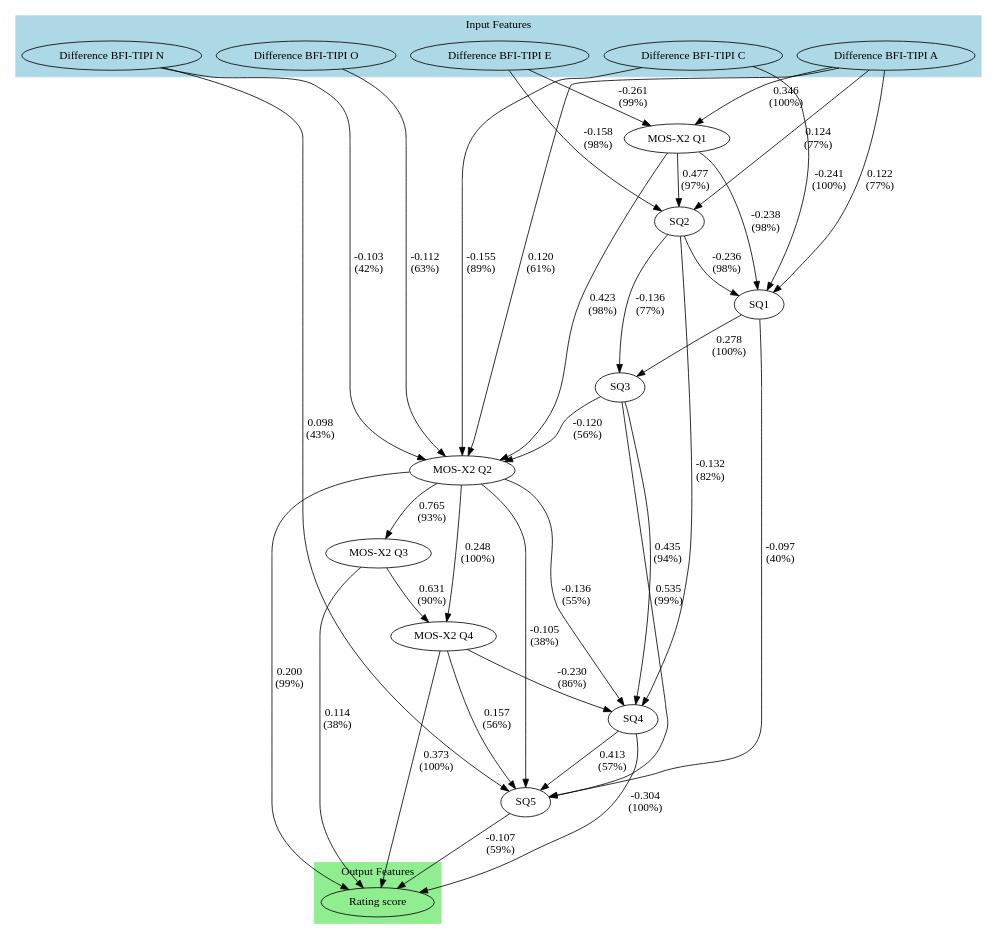
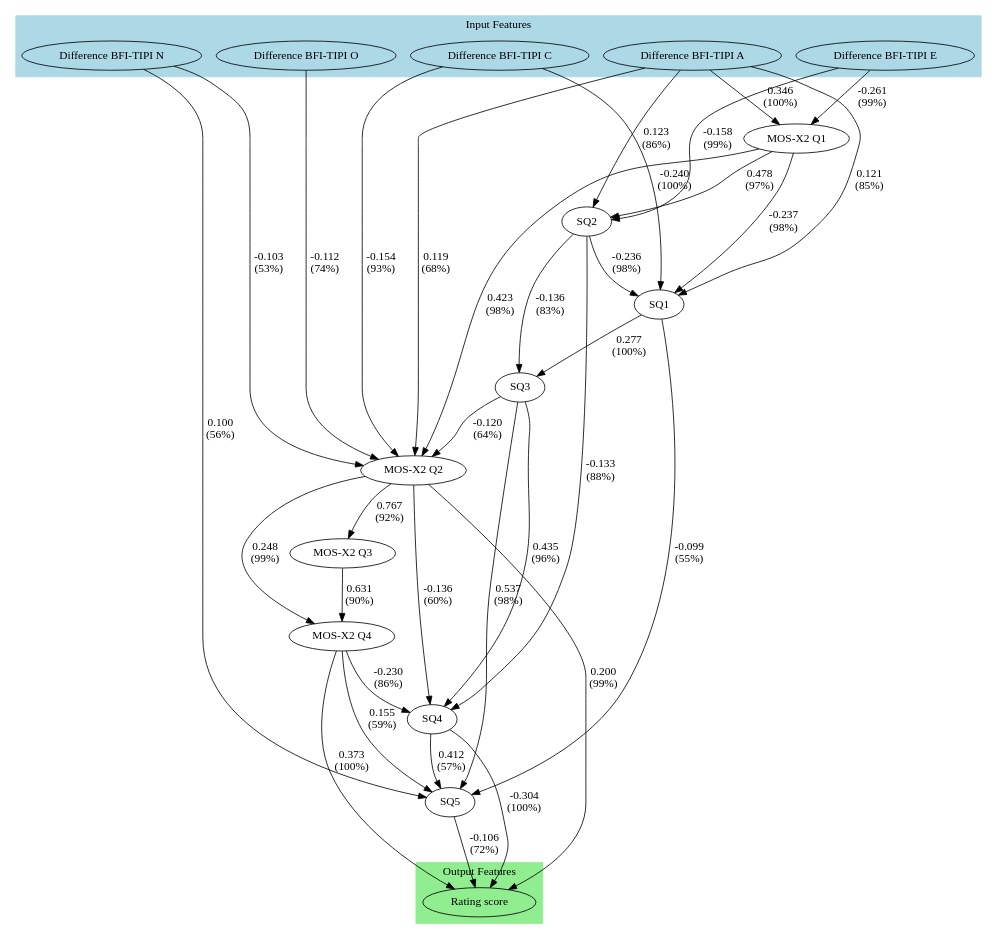
Before and after one commit to hiimmuc/Hetero-GNN-CausalDiscovery: the diagram in Experiment3/Workspace/Models/causal_outputs/figures/causal_graphs/lingam_causal_model_robust.dot, drawn with Graphviz. The commit also changed 26 other files, not shown here.

```diff
--- a/Experiment3/Workspace/Models/causal_outputs/figures/causal_graphs/lingam_causal_model_robust.dot
+++ b/Experiment3/Workspace/Models/causal_outputs/figures/causal_graphs/lingam_causal_model_robust.dot
@@ -1,68 +1,66 @@
 digraph {
 	graph [rankdir=TB splines=true]
 	node [fillcolor=white style=filled]
 	"Difference BFI-TIPI O" [label="Difference BFI-TIPI O"]
 	"Difference BFI-TIPI C" [label="Difference BFI-TIPI C"]
 	"Difference BFI-TIPI E" [label="Difference BFI-TIPI E"]
 	"Difference BFI-TIPI A" [label="Difference BFI-TIPI A"]
 	"Difference BFI-TIPI N" [label="Difference BFI-TIPI N"]
 	"MOS-X2 Q1" [label="MOS-X2 Q1"]
 	"MOS-X2 Q2" [label="MOS-X2 Q2"]
 	"MOS-X2 Q3" [label="MOS-X2 Q3"]
 	"MOS-X2 Q4" [label="MOS-X2 Q4"]
 	SQ1 [label=SQ1]
 	SQ2 [label=SQ2]
 	SQ3 [label=SQ3]
 	SQ4 [label=SQ4]
 	SQ5 [label=SQ5]
 	"Rating score" [label="Rating score"]
 	"Difference BFI-TIPI E" -> "MOS-X2 Q1" [label="-0.261\n(99%)" fontsize=14]
 	"Difference BFI-TIPI A" -> "MOS-X2 Q1" [label="0.346\n(100%)" fontsize=14]
-	"Difference BFI-TIPI O" -> "MOS-X2 Q2" [label="-0.112\n(63%)" fontsize=14]
-	"Difference BFI-TIPI C" -> "MOS-X2 Q2" [label="-0.155\n(89%)" fontsize=14]
-	"Difference BFI-TIPI A" -> "MOS-X2 Q2" [label="0.120\n(61%)" fontsize=14]
-	"Difference BFI-TIPI N" -> "MOS-X2 Q2" [label="-0.103\n(42%)" fontsize=14]
+	"Difference BFI-TIPI O" -> "MOS-X2 Q2" [label="-0.112\n(74%)" fontsize=14]
+	"Difference BFI-TIPI C" -> "MOS-X2 Q2" [label="-0.154\n(93%)" fontsize=14]
+	"Difference BFI-TIPI A" -> "MOS-X2 Q2" [label="0.119\n(68%)" fontsize=14]
+	"Difference BFI-TIPI N" -> "MOS-X2 Q2" [label="-0.103\n(53%)" fontsize=14]
 	"MOS-X2 Q1" -> "MOS-X2 Q2" [label="0.423\n(98%)" fontsize=14]
-	SQ3 -> "MOS-X2 Q2" [label="-0.120\n(56%)" fontsize=14]
-	"MOS-X2 Q2" -> "MOS-X2 Q3" [label="0.765\n(93%)" fontsize=14]
-	"MOS-X2 Q2" -> "MOS-X2 Q4" [label="0.248\n(100%)" fontsize=14]
+	SQ3 -> "MOS-X2 Q2" [label="-0.120\n(64%)" fontsize=14]
+	"MOS-X2 Q2" -> "MOS-X2 Q3" [label="0.767\n(92%)" fontsize=14]
+	"MOS-X2 Q2" -> "MOS-X2 Q4" [label="0.248\n(99%)" fontsize=14]
 	"MOS-X2 Q3" -> "MOS-X2 Q4" [label="0.631\n(90%)" fontsize=14]
-	"Difference BFI-TIPI C" -> SQ1 [label="-0.241\n(100%)" fontsize=14]
-	"Difference BFI-TIPI A" -> SQ1 [label="0.122\n(77%)" fontsize=14]
-	"MOS-X2 Q1" -> SQ1 [label="-0.238\n(98%)" fontsize=14]
+	"Difference BFI-TIPI C" -> SQ1 [label="-0.240\n(100%)" fontsize=14]
+	"Difference BFI-TIPI A" -> SQ1 [label="0.121\n(85%)" fontsize=14]
+	"MOS-X2 Q1" -> SQ1 [label="-0.237\n(98%)" fontsize=14]
 	SQ2 -> SQ1 [label="-0.236\n(98%)" fontsize=14]
-	"Difference BFI-TIPI E" -> SQ2 [label="-0.158\n(98%)" fontsize=14]
-	"Difference BFI-TIPI A" -> SQ2 [label="0.124\n(77%)" fontsize=14]
-	"MOS-X2 Q1" -> SQ2 [label="0.477\n(97%)" fontsize=14]
-	SQ1 -> SQ3 [label="0.278\n(100%)" fontsize=14]
-	SQ2 -> SQ3 [label="-0.136\n(77%)" fontsize=14]
-	"MOS-X2 Q2" -> SQ4 [label="-0.136\n(55%)" fontsize=14]
+	"Difference BFI-TIPI E" -> SQ2 [label="-0.158\n(99%)" fontsize=14]
+	"Difference BFI-TIPI A" -> SQ2 [label="0.123\n(86%)" fontsize=14]
+	"MOS-X2 Q1" -> SQ2 [label="0.478\n(97%)" fontsize=14]
+	SQ1 -> SQ3 [label="0.277\n(100%)" fontsize=14]
+	SQ2 -> SQ3 [label="-0.136\n(83%)" fontsize=14]
+	"MOS-X2 Q2" -> SQ4 [label="-0.136\n(60%)" fontsize=14]
 	"MOS-X2 Q4" -> SQ4 [label="-0.230\n(86%)" fontsize=14]
-	SQ2 -> SQ4 [label="-0.132\n(82%)" fontsize=14]
-	SQ3 -> SQ4 [label="0.435\n(94%)" fontsize=14]
-	"Difference BFI-TIPI N" -> SQ5 [label="0.098\n(43%)" fontsize=14]
-	"MOS-X2 Q2" -> SQ5 [label="-0.105\n(38%)" fontsize=14]
-	"MOS-X2 Q4" -> SQ5 [label="0.157\n(56%)" fontsize=14]
-	SQ1 -> SQ5 [label="-0.097\n(40%)" fontsize=14]
-	SQ3 -> SQ5 [label="0.535\n(99%)" fontsize=14]
-	SQ4 -> SQ5 [label="0.413\n(57%)" fontsize=14]
+	SQ2 -> SQ4 [label="-0.133\n(88%)" fontsize=14]
+	SQ3 -> SQ4 [label="0.435\n(96%)" fontsize=14]
+	"Difference BFI-TIPI N" -> SQ5 [label="0.100\n(56%)" fontsize=14]
+	"MOS-X2 Q4" -> SQ5 [label="0.155\n(59%)" fontsize=14]
+	SQ1 -> SQ5 [label="-0.099\n(55%)" fontsize=14]
+	SQ3 -> SQ5 [label="0.537\n(98%)" fontsize=14]
+	SQ4 -> SQ5 [label="0.412\n(57%)" fontsize=14]
 	"MOS-X2 Q2" -> "Rating score" [label="0.200\n(99%)" fontsize=14]
-	"MOS-X2 Q3" -> "Rating score" [label="0.114\n(38%)" fontsize=14]
 	"MOS-X2 Q4" -> "Rating score" [label="0.373\n(100%)" fontsize=14]
 	SQ4 -> "Rating score" [label="-0.304\n(100%)" fontsize=14]
-	SQ5 -> "Rating score" [label="-0.107\n(59%)" fontsize=14]
+	SQ5 -> "Rating score" [label="-0.106\n(72%)" fontsize=14]
 	subgraph cluster_input {
 		rank=same
 		color=lightblue label="Input Features" style=filled
 		"Difference BFI-TIPI O" [fillcolor=lightblue style=filled]
 		"Difference BFI-TIPI C" [fillcolor=lightblue style=filled]
 		"Difference BFI-TIPI E" [fillcolor=lightblue style=filled]
 		"Difference BFI-TIPI A" [fillcolor=lightblue style=filled]
 		"Difference BFI-TIPI N" [fillcolor=lightblue style=filled]
 	}
 	subgraph cluster_output {
 		rank=same
 		color=lightgreen label="Output Features" style=filled
 		"Rating score" [fillcolor=lightgreen style=filled]
 	}
 }
```
